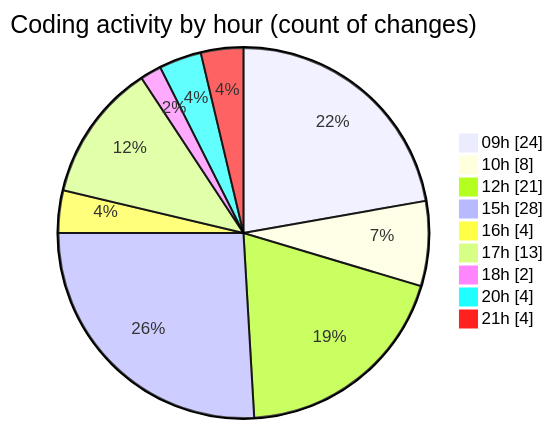
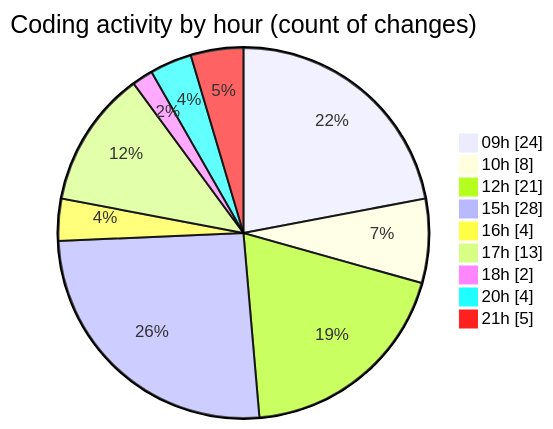
Before and after one commit to lephambinh05/code-tracking: the second of 2 diagrams in 2025-08-18/rentotp/README.md, drawn with Mermaid. The commit also changed other lines of this file and 1 other file, not shown here.

````diff
--- a/2025-08-18/rentotp/README.md
+++ b/2025-08-18/rentotp/README.md
@@ -63,13 +63,13 @@
 ```mermaid
 pie showData
 title Coding activity by hour (count of changes)
 "09h" : 24
 "10h" : 8
 "12h" : 21
 "15h" : 28
 "16h" : 4
 "17h" : 13
 "18h" : 2
 "20h" : 4
-"21h" : 4
+"21h" : 5
 ```
````
